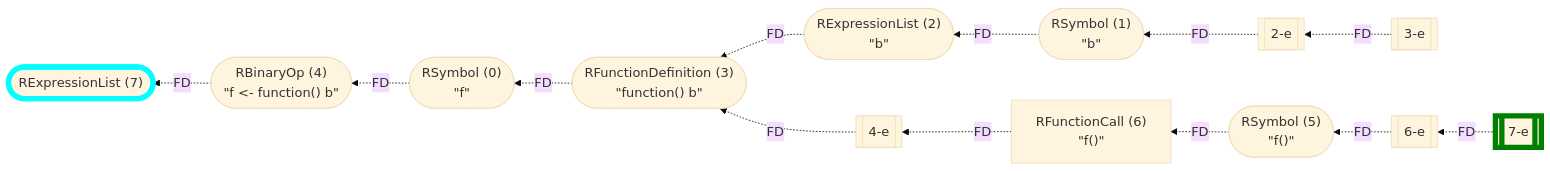
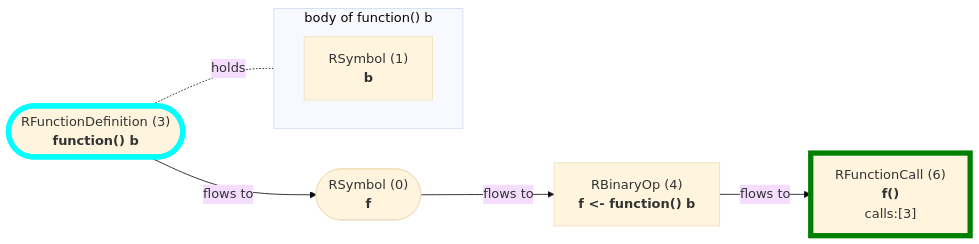
One commit to flowr-analysis/flowr changed diagram 13 of 22 in wiki/Control Flow Graph.md. Above: the diagram before and after it, drawn with Mermaid (base theme). The commit also changed other lines of this file and 141 other files, not shown here.

````diff
--- a/wiki/Control Flow Graph.md
+++ b/wiki/Control Flow Graph.md
@@ -866,36 +767,22 @@
 ```mermaid
-flowchart RL
-    n7(["`RExpressionList (7)`"])
+flowchart LR
+    n3(["`RFunctionDefinition (3)
+**function() b**`"])
+    subgraph n3-body ["body of function() b"]
+        direction LR
+    n1["`RSymbol (1)
+**b**`"]
+    end
     n0(["`RSymbol (0)
-#34;f#34;`"])
-    n3-e[[3-e]]
-    n3(["`RFunctionDefinition (3)
-#34;function() b#34;`"])
-    n2(["`RExpressionList (2)
-#34;b#34;`"])
-    n1(["`RSymbol (1)
-#34;b#34;`"])
-    n2-e[[2-e]]
-    n4(["`RBinaryOp (4)
-#34;f #60;#45; function() b#34;`"])
-    n4-e[[4-e]]
-    n5(["`RSymbol (5)
-#34;f()#34;`"])
+**f**`"])
+    n4["`RBinaryOp (4)
+**f #60;#45; function() b**`"]
     n6["`RFunctionCall (6)
-#34;f()#34;`"]
-    n6-e[[6-e]]
-    n7-e[[7-e]]
-    n4 -.->|"FD"| n7
-    n1 -.->|"FD"| n2
-    n2-e -.->|"FD"| n1
-    n2 -.->|"FD"| n3
-    n3-e -.->|"FD"| n2-e
-    n3 -.->|"FD"| n0
-    n0 -.->|"FD"| n4
-    n4-e -.->|"FD"| n3
-    n6 -.->|"FD"| n4-e
-    n5 -.->|"FD"| n6
-    n6-e -.->|"FD"| n5
-    n7-e -.->|"FD"| n6-e
-    style n7 stroke:cyan,stroke-width:6.5px;    style n7-e stroke:green,stroke-width:6.5px;
+**f()**
+ calls:#91;3#93;`"]
+    n4 -->|"flows to"| n6
+    n3 -->|"flows to"| n0
+    n0 -->|"flows to"| n4
+    n3 -. holds .- n1
+    style n3 stroke:cyan,stroke-width:6.5px;    style n6 stroke:green,stroke-width:6.5px;
 ```
````
